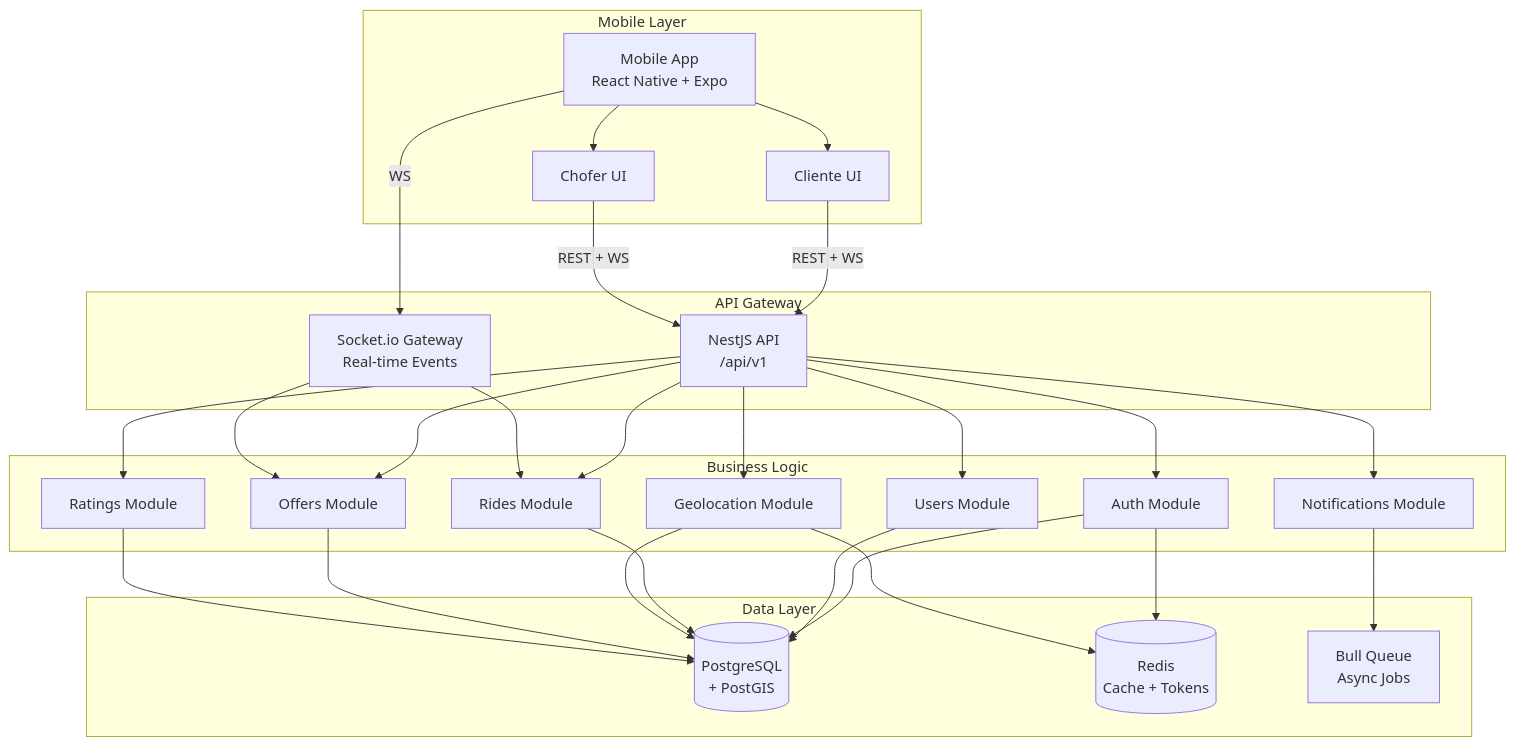
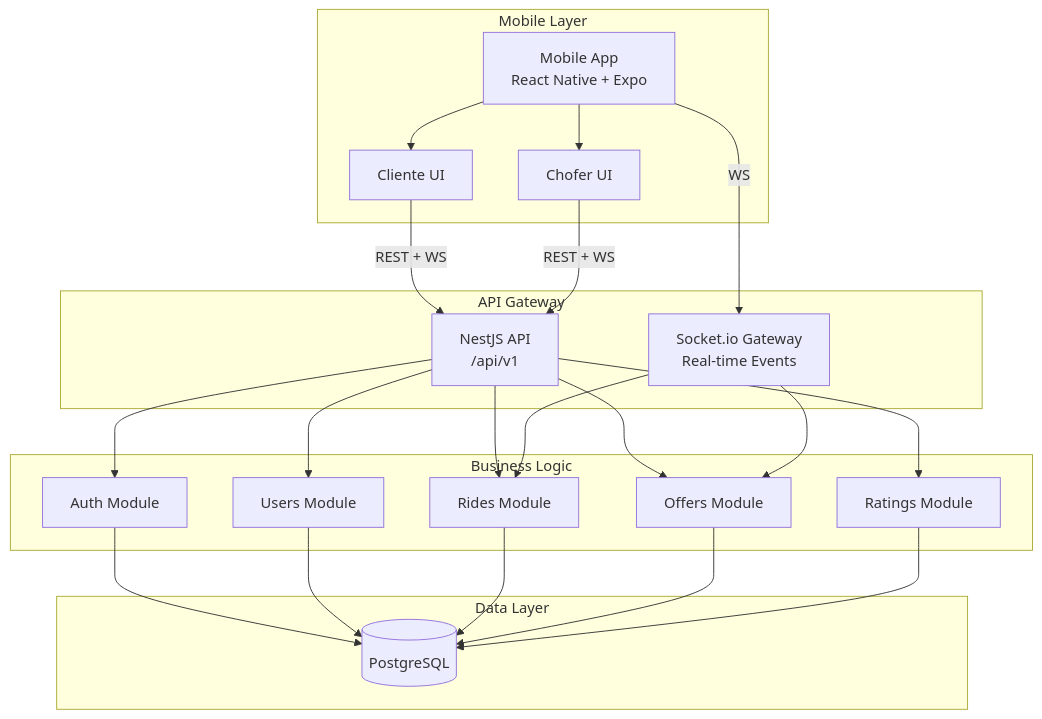
Before and after one commit to GalvanAlexis/remis-app: the first of 5 diagrams in notion-docs/03-technical-architecture.md, drawn with Mermaid. The commit also changed other lines of this file and 2 other files, not shown here.

````diff
--- a/notion-docs/03-technical-architecture.md
+++ b/notion-docs/03-technical-architecture.md
@@ -5,57 +5,46 @@
 ```mermaid
 graph TB
     subgraph "Mobile Layer"
         MA[Mobile App<br/>React Native + Expo]
         MA_C[Cliente UI]
         MA_D[Chofer UI]
         MA --> MA_C
         MA --> MA_D
     end
 
     subgraph "API Gateway"
         NEST[NestJS API<br/>/api/v1]
         WS[Socket.io Gateway<br/>Real-time Events]
     end
 
     subgraph "Business Logic"
         AUTH[Auth Module]
         USERS[Users Module]
         RIDES[Rides Module]
-        GEO[Geolocation Module]
         OFFERS[Offers Module]
         RATINGS[Ratings Module]
-        NOTIF[Notifications Module]
     end
 
     subgraph "Data Layer"
-        PG[(PostgreSQL<br/>+ PostGIS)]
-        REDIS[(Redis<br/>Cache + Tokens)]
-        QUEUE[Bull Queue<br/>Async Jobs]
+        PG[(PostgreSQL)]
     end
 
     MA_C -->|REST + WS| NEST
     MA_D -->|REST + WS| NEST
     MA -->|WS| WS
 
     NEST --> AUTH
     NEST --> USERS
     NEST --> RIDES
-    NEST --> GEO
     NEST --> OFFERS
     NEST --> RATINGS
-    NEST --> NOTIF
 
     AUTH --> PG
-    AUTH --> REDIS
     USERS --> PG
     RIDES --> PG
-    GEO --> PG
     OFFERS --> PG
     RATINGS --> PG
-
-    GEO --> REDIS
-    NOTIF --> QUEUE
 
     WS --> RIDES
     WS --> OFFERS
 ```
````
